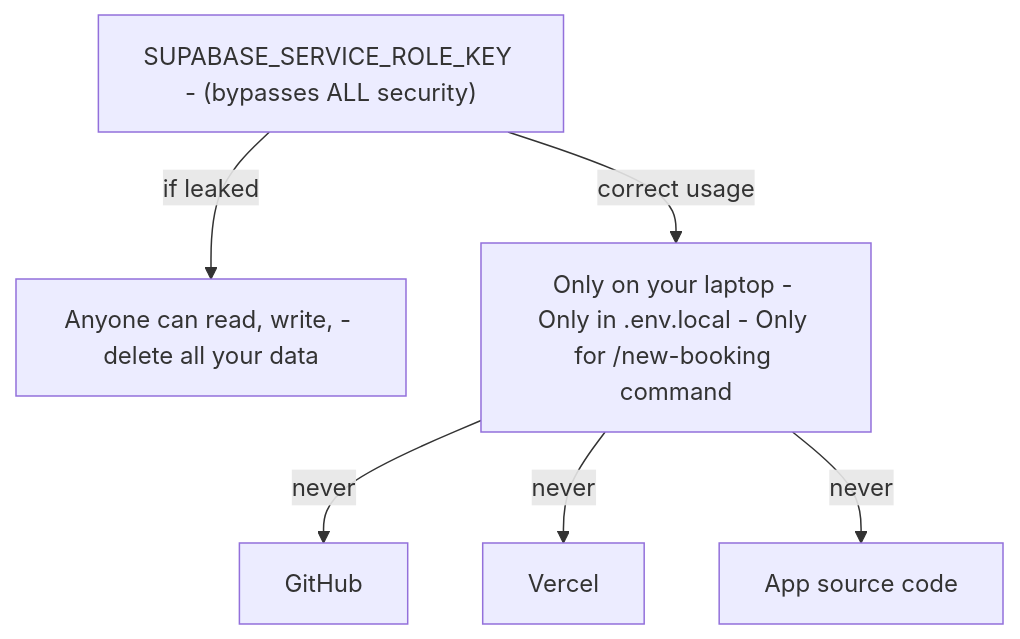
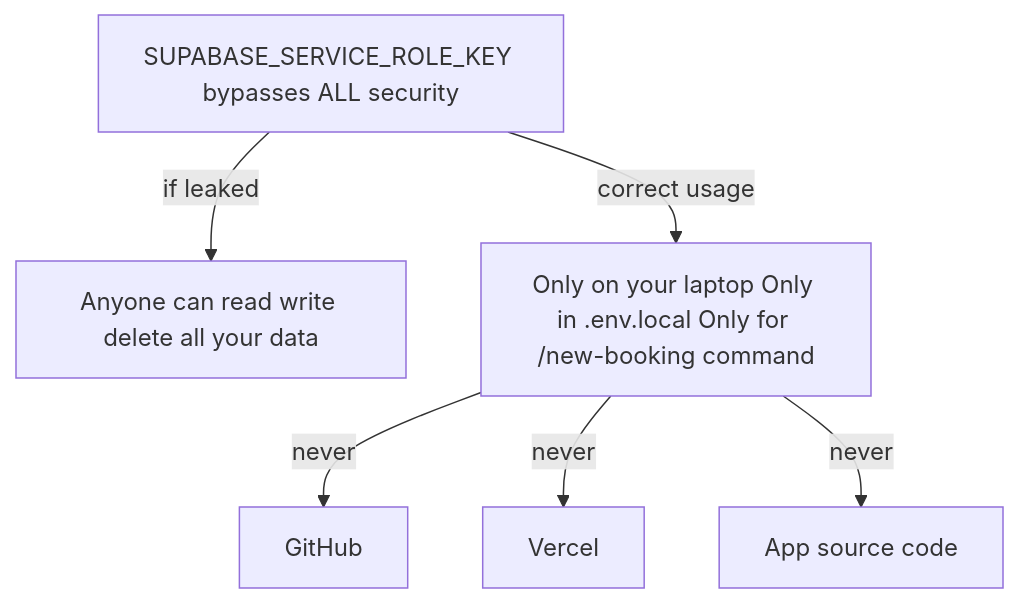
One commit to wongjinar-ai/expample changed the seventh of 8 diagrams in learning/09-fullstack-best-practices.md. Above: the diagram before and after it, drawn with Mermaid. The commit also changed other lines of this file and 5 other files, not shown here.

````diff
--- a/learning/09-fullstack-best-practices.md
+++ b/learning/09-fullstack-best-practices.md
@@ -259,9 +259,9 @@
 ```mermaid
 flowchart TD
-    ServiceKey["SUPABASE_SERVICE_ROLE_KEY - (bypasses ALL security)"]
-    ServiceKey -->|"if leaked"| Anyone["Anyone can read, write, - delete all your data"]
-    ServiceKey -->|"correct usage"| LocalOnly["Only on your laptop - Only in .env.local - Only for /new-booking command"]
-    LocalOnly -->|"never"| GitHub["GitHub"]
-    LocalOnly -->|"never"| Vercel["Vercel"]
-    LocalOnly -->|"never"| AppCode["App source code"]
+    ServiceKey[SUPABASE_SERVICE_ROLE_KEY bypasses ALL security]
+    ServiceKey -->|"if leaked"| Anyone[Anyone can read write delete all your data]
+    ServiceKey -->|"correct usage"| LocalOnly[Only on your laptop Only in .env.local Only for /new-booking command]
+    LocalOnly -->|"never"| GitHub[GitHub]
+    LocalOnly -->|"never"| Vercel[Vercel]
+    LocalOnly -->|"never"| AppCode[App source code]
 ```
````
